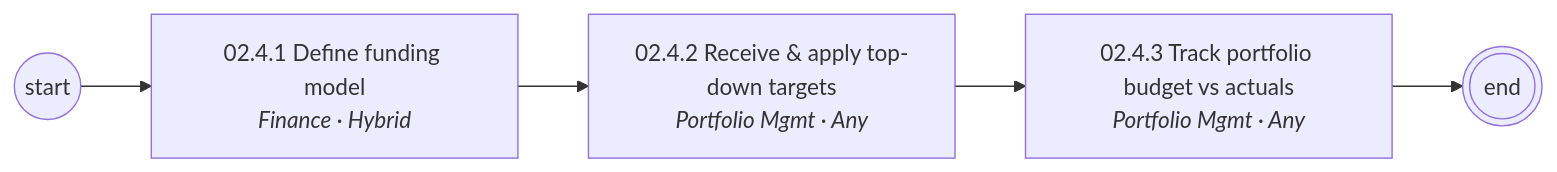
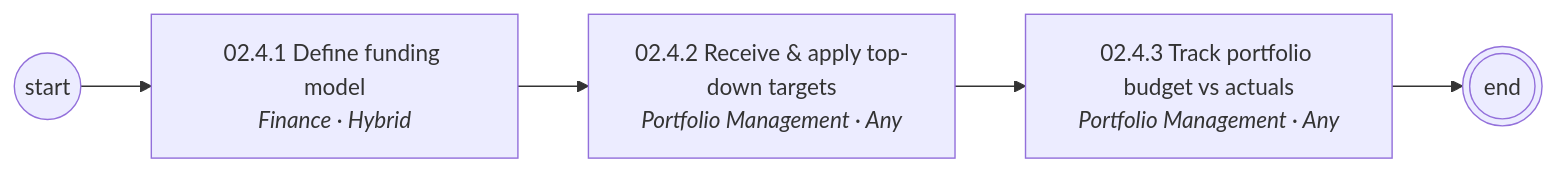
The fifth of 6 diagrams in diagrams/mermaid/area-02.md (corbyjames/apptio-process-catalog), drawn with Mermaid before and after one commit. The commit also changed other lines of this file and 251 other files, not shown here.

````diff
--- a/diagrams/mermaid/area-02.md
+++ b/diagrams/mermaid/area-02.md
@@ -69,11 +69,11 @@
 ```mermaid
 flowchart LR
   S((start))
   N02_4_1["02.4.1 Define funding model<br/><i>Finance · Hybrid</i>"]
   S --> N02_4_1
-  N02_4_2["02.4.2 Receive & apply top-down targets<br/><i>Portfolio Mgmt · Any</i>"]
+  N02_4_2["02.4.2 Receive & apply top-down targets<br/><i>Portfolio Management · Any</i>"]
   N02_4_1 --> N02_4_2
-  N02_4_3["02.4.3 Track portfolio budget vs actuals<br/><i>Portfolio Mgmt · Any</i>"]
+  N02_4_3["02.4.3 Track portfolio budget vs actuals<br/><i>Portfolio Management · Any</i>"]
   N02_4_2 --> N02_4_3
   N02_4_3 --> E(((end)))
 ```
````
